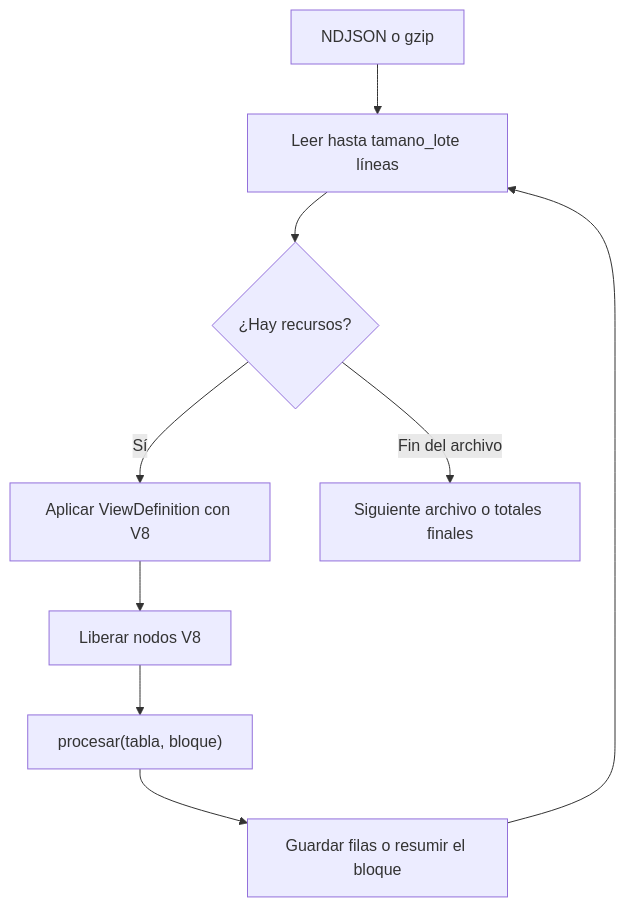
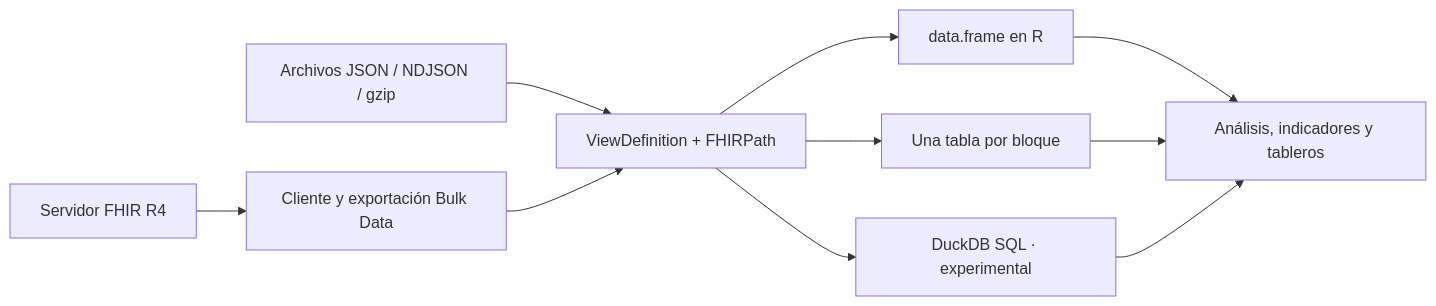
One commit to f-slg/fhirviews changed the diagram in README.md. Above: the diagram before and after it, drawn with Mermaid. The commit also changed other lines of this file and 1 other file, not shown here.

````diff
--- a/README.md
+++ b/README.md
@@ -500,11 +71,12 @@
 ```mermaid
-flowchart TD
-    A["NDJSON o gzip"] --> B["Leer hasta tamano_lote líneas"]
-    B --> C{"¿Hay recursos?"}
-    C -->|"Sí"| D["Aplicar ViewDefinition con V8"]
-    D --> E["Liberar nodos V8"]
-    E --> F["procesar(tabla, bloque)"]
-    F --> G["Guardar filas o resumir el bloque"]
-    G --> B
-    C -->|"Fin del archivo"| H["Siguiente archivo o totales finales"]
+flowchart LR
+    A["Archivos JSON / NDJSON / gzip"] --> V["ViewDefinition + FHIRPath"]
+    B["Servidor FHIR R4"] --> C["Cliente y exportación Bulk Data"]
+    C --> V
+    V --> D["data.frame en R"]
+    V --> E["Una tabla por bloque"]
+    V --> F["DuckDB SQL · experimental"]
+    D --> G["Análisis, indicadores y tableros"]
+    E --> G
+    F --> G
 ```
````
